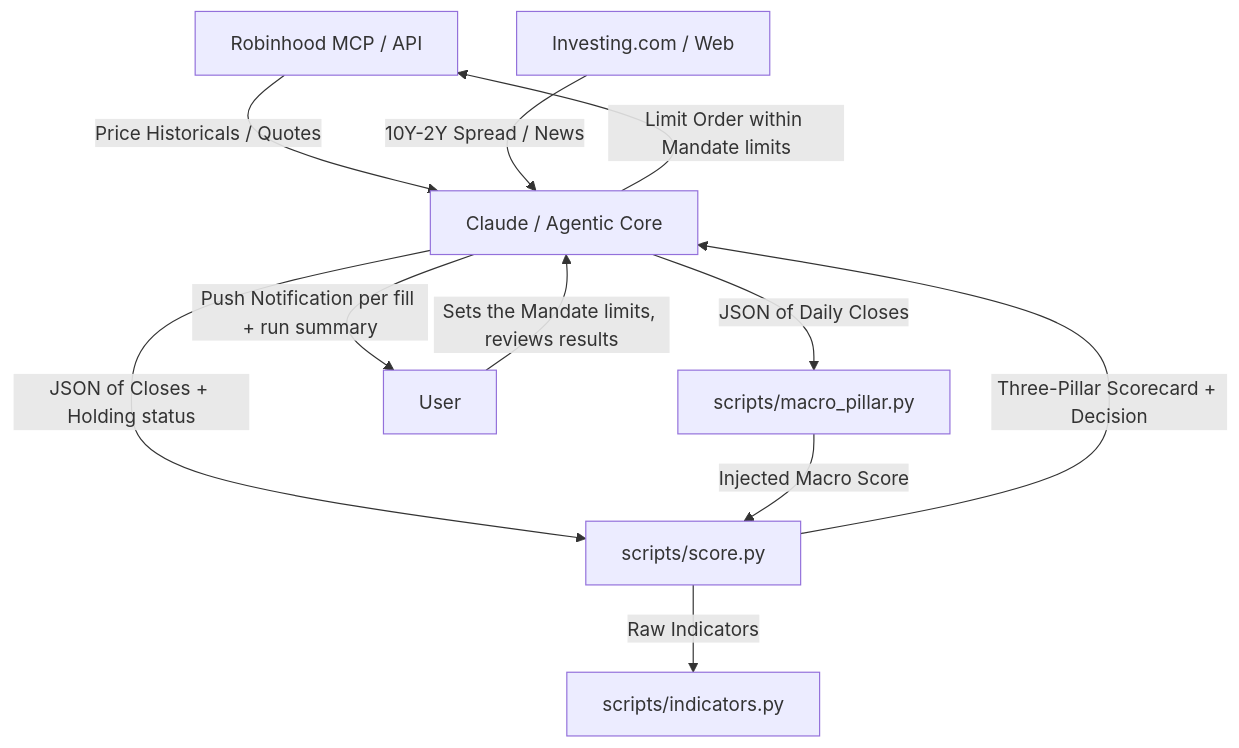
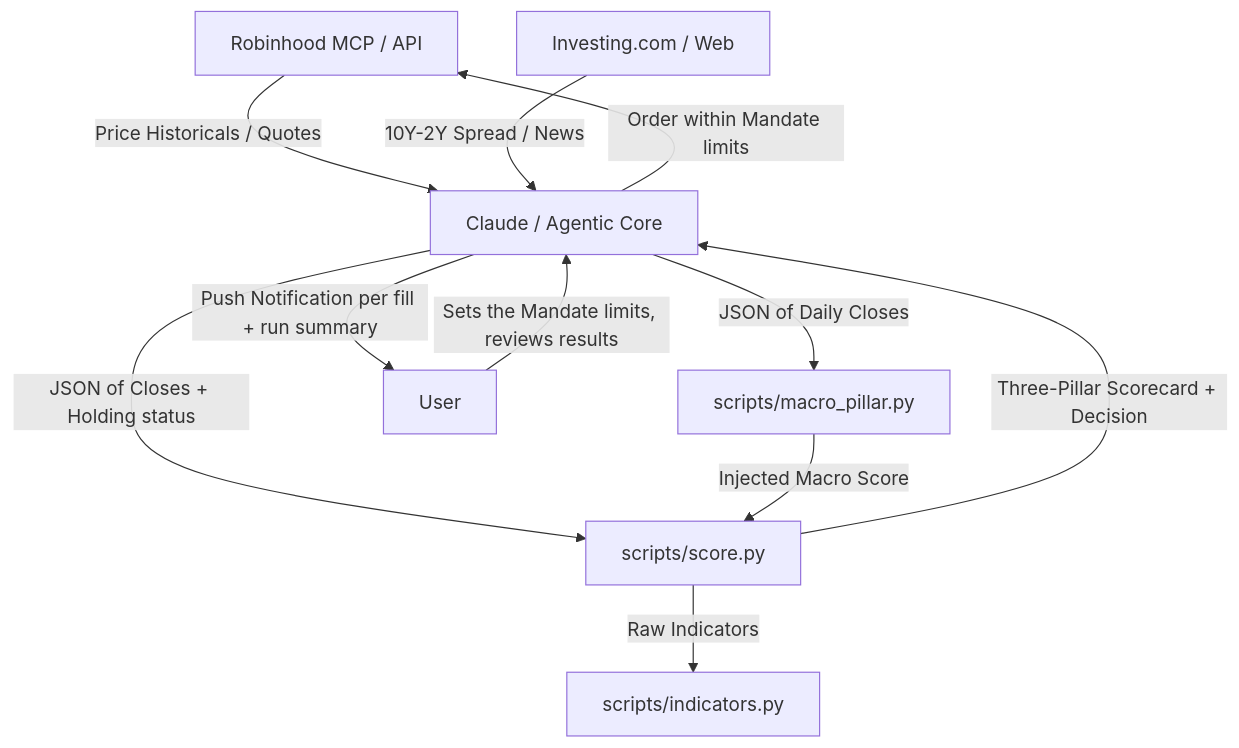
One commit to Oft3r/agentic-trading-desk changed the diagram in README.md. Above: the diagram before and after it, drawn with Mermaid. The commit also changed other lines of this file and 2 other files, not shown here.

````diff
--- a/README.md
+++ b/README.md
@@ -13,13 +13,13 @@
 ```mermaid
 graph TD
     A[Robinhood MCP / API] -- Price Historicals / Quotes --> B[Claude / Agentic Core]
     C[Investing.com / Web] -- 10Y-2Y Spread / News --> B
     B -- JSON of Daily Closes --> D[scripts/macro_pillar.py]
     B -- JSON of Closes + Holding status --> E[scripts/score.py]
     D -- Injected Macro Score --> E
     E -- Raw Indicators --> F[scripts/indicators.py]
     E -- Three-Pillar Scorecard + Decision --> B
-    B -- Limit Order within Mandate limits --> A
+    B -- Order within Mandate limits --> A
     B -- Push Notification per fill + run summary --> G[User]
     G -- Sets the Mandate limits, reviews results --> B
 ```
````
